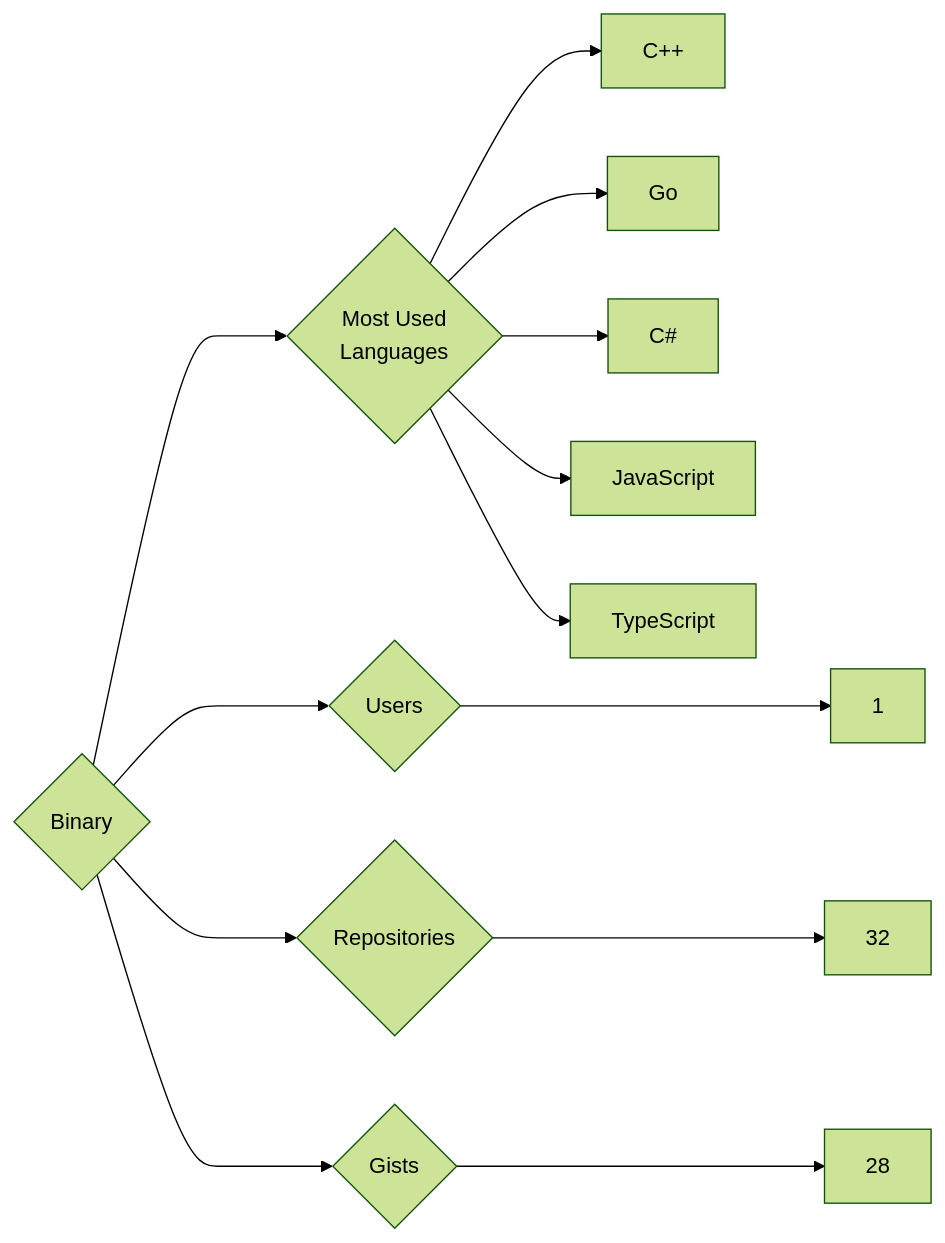
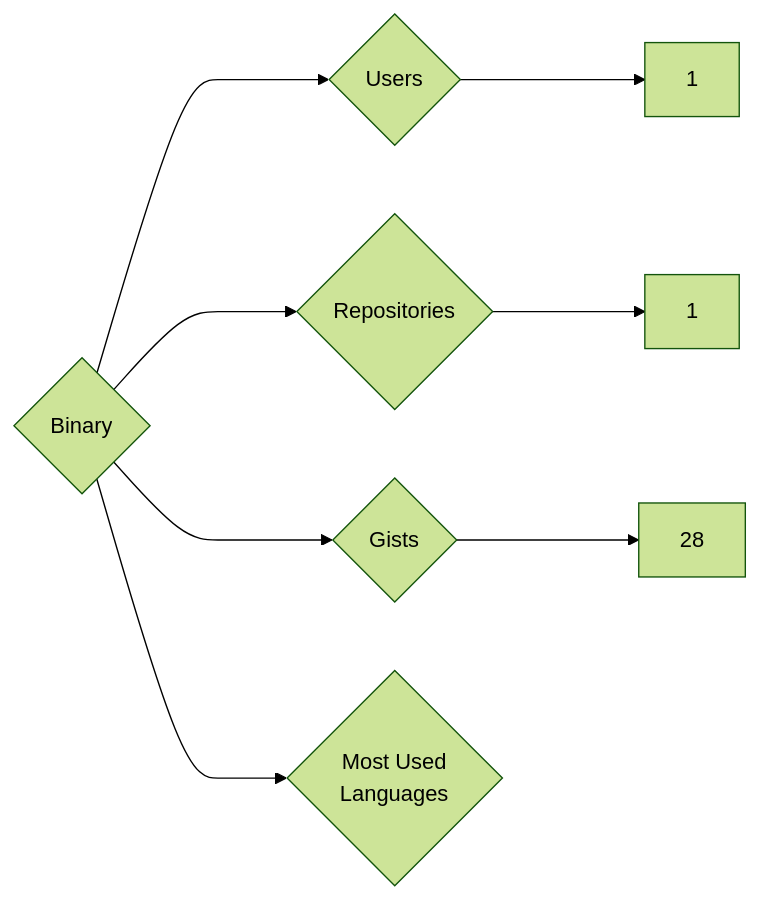
The diagram in targets/Binary/README.md (trickest/insiders), drawn with Mermaid (forest theme) before and after one commit. The commit also changed 891 other files, not shown here.

````diff
--- a/targets/Binary/README.md
+++ b/targets/Binary/README.md
@@ -3,13 +3,8 @@
 ```mermaid
 graph LR
 COMPANY_NAME{Binary}
 COMPANY_NAME ---> U{Users} ---> UN[1]
-COMPANY_NAME ---> R{Repositories} ---> RN[32]
+COMPANY_NAME ---> R{Repositories} ---> RN[1]
 COMPANY_NAME ---> G{Gists} ---> GN[28]
 COMPANY_NAME ---> ML{Most Used<br>Languages}
-ML --> C++[C++]
-ML --> Go[Go]
-ML --> C#[C#]
-ML --> JavaScript[JavaScript]
-ML --> TypeScript[TypeScript]
 ```
````
